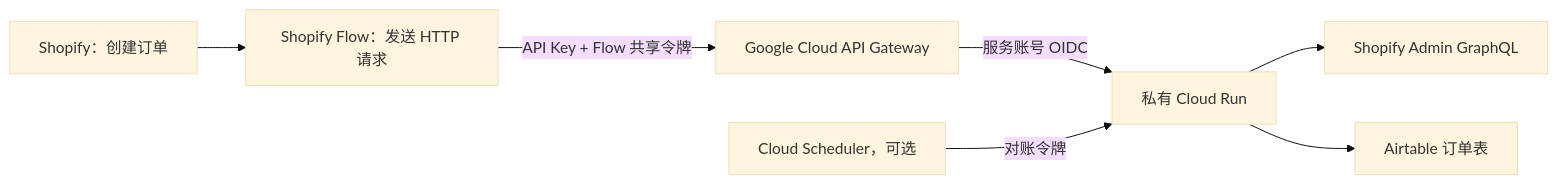
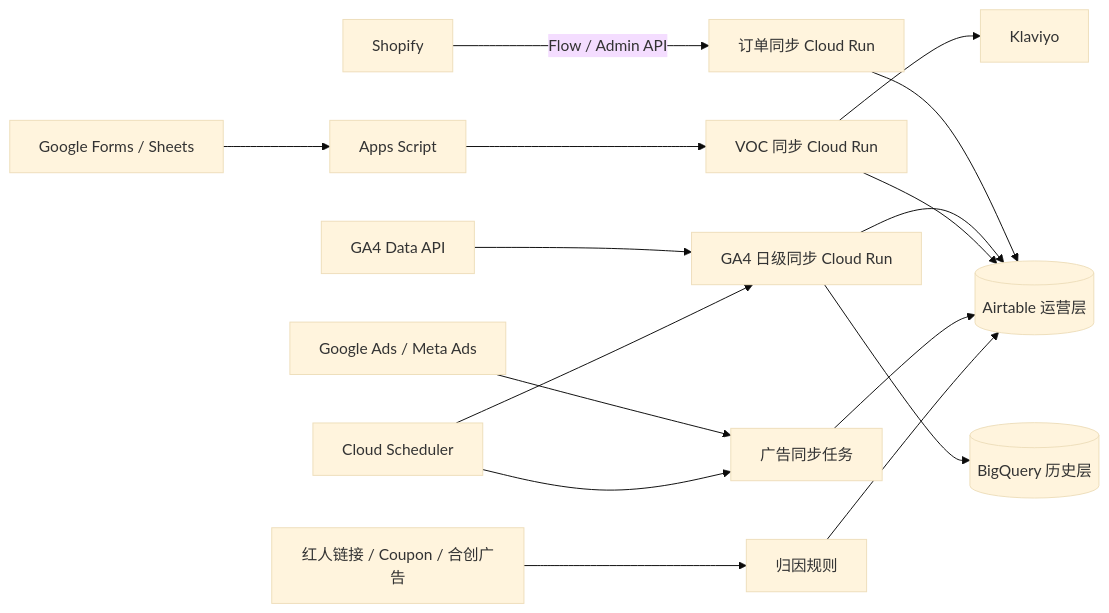
The diagram in README.zh-CN.md (vincentwang752-gif/commerce-operations-data-hub-gcp), drawn with Mermaid (base theme) before and after one commit. The commit also changed other lines of this file and 41 other files, not shown here.

````diff
--- a/README.zh-CN.md
+++ b/README.zh-CN.md
@@ -11,9 +19,18 @@
 ```mermaid
 flowchart LR
-    A[Shopify：创建订单] --> B[Shopify Flow：发送 HTTP 请求]
-    B -->|API Key + Flow 共享令牌| C[Google Cloud API Gateway]
-    C -->|服务账号 OIDC| D[私有 Cloud Run]
-    D --> E[Shopify Admin GraphQL]
-    D --> F[Airtable 订单表]
-    G[Cloud Scheduler，可选] -->|对账令牌| D
+    Shopify[Shopify] -->|Flow / Admin API| OrderSync[订单同步 Cloud Run]
+    GA4[GA4 Data API] --> GA4Sync[GA4 日级同步 Cloud Run]
+    Forms[Google Forms / Sheets] --> Apps[Apps Script]
+    Apps --> VOC[VOC 同步 Cloud Run]
+    Ads[Google Ads / Meta Ads] --> AdJobs[广告同步任务]
+    Creators[红人链接 / Coupon / 合创广告] --> Attribution[归因规则]
+    OrderSync --> Airtable[(Airtable 运营层)]
+    GA4Sync --> BigQuery[(BigQuery 历史层)]
+    GA4Sync --> Airtable
+    VOC --> Airtable
+    VOC --> Klaviyo[Klaviyo]
+    AdJobs --> Airtable
+    Attribution --> Airtable
+    Scheduler[Cloud Scheduler] --> GA4Sync
+    Scheduler --> AdJobs
 ```
````
